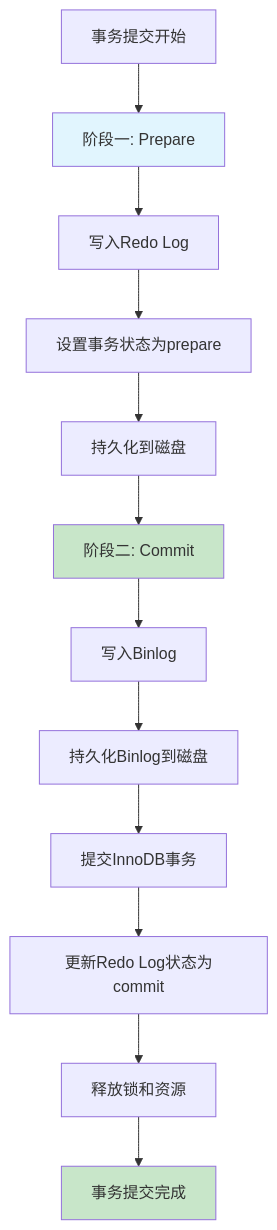
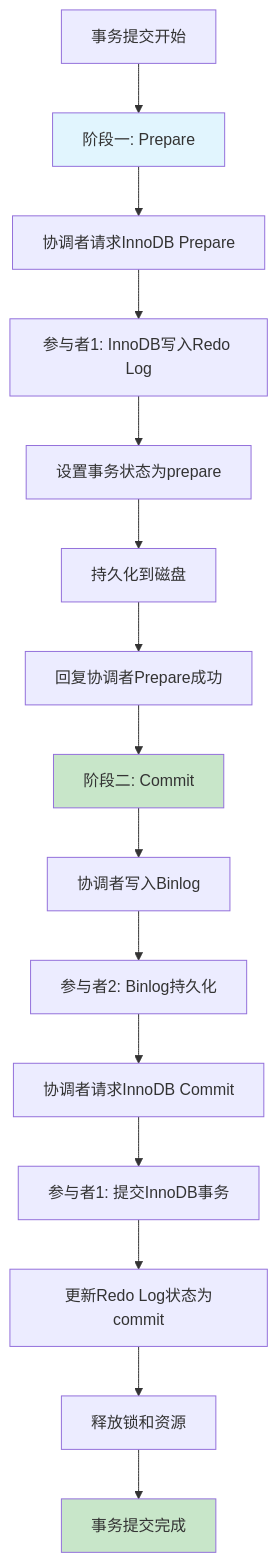
Diagram 15 of 27 in posts/architecture/2pc.md (weiqiangxu/docs), drawn with Mermaid before and after one commit. The commit also changed other lines of this file and 1 other file, not shown here.

````diff
--- a/posts/architecture/2pc.md
+++ b/posts/architecture/2pc.md
@@ -436,22 +490,25 @@
 ```mermaid
 graph TD
     A[事务提交开始] --> B[阶段一: Prepare]
     
-    B --> C[写入Redo Log]
-    C --> D[设置事务状态为prepare]
-    D --> E[持久化到磁盘]
+    B --> C[协调者请求InnoDB Prepare]
+    C --> D[参与者1: InnoDB写入Redo Log]
+    D --> E[设置事务状态为prepare]
+    E --> F[持久化到磁盘]
+    F --> G[回复协调者Prepare成功]
     
-    E --> F[阶段二: Commit]
-    F --> G[写入Binlog]
-    G --> H[持久化Binlog到磁盘]
+    G --> H[阶段二: Commit]
+    H --> I[协调者写入Binlog]
+    I --> J[参与者2: Binlog持久化]
+    J --> K[协调者请求InnoDB Commit]
     
-    H --> I[提交InnoDB事务]
-    I --> J[更新Redo Log状态为commit]
-    J --> K[释放锁和资源]
+    K --> L[参与者1: 提交InnoDB事务]
+    L --> M[更新Redo Log状态为commit]
+    M --> N[释放锁和资源]
     
-    K --> L[事务提交完成]
+    N --> O[事务提交完成]
     
     style B fill:#e1f5fe
-    style F fill:#c8e6c9
-    style L fill:#c8e6c9
+    style H fill:#c8e6c9
+    style O fill:#c8e6c9
 ```
````
